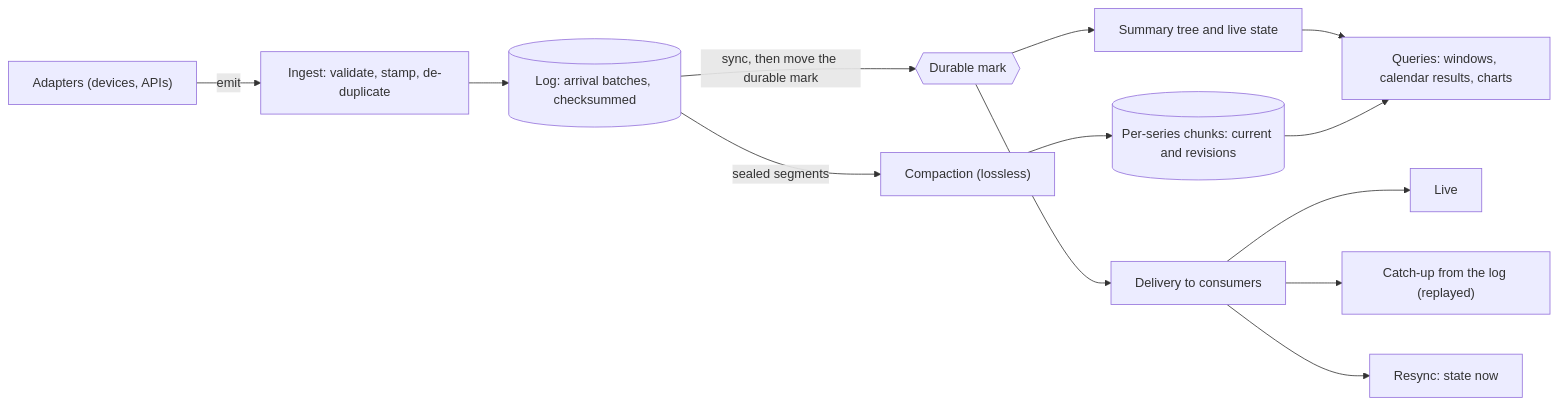
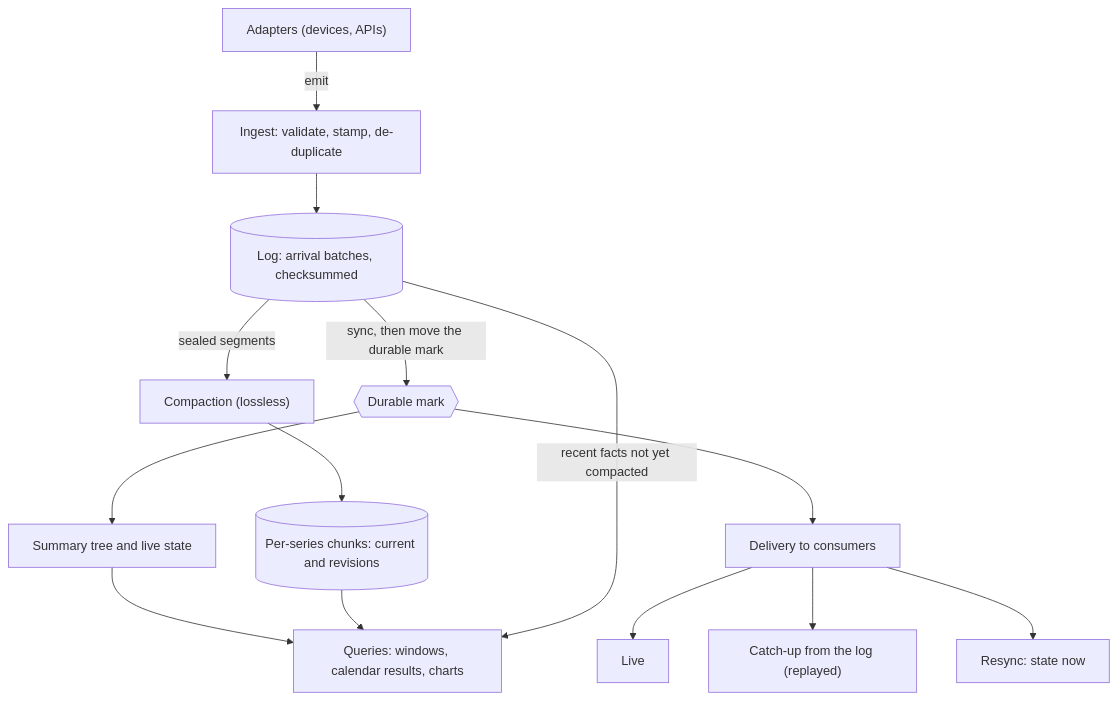
Before and after one commit to hugsmid/kvik: the first of 3 diagrams in README.md, drawn with Mermaid. The commit also changed other lines of this file, not shown here.

````diff
--- a/README.md
+++ b/README.md
@@ -51,15 +56,16 @@
 ```mermaid
-flowchart LR
+flowchart TB
     A["Adapters (devices, APIs)"] -->|emit| I["Ingest: validate, stamp, de-duplicate"]
     I --> L[("Log: arrival batches, checksummed")]
     L -->|"sync, then move the durable mark"| M{{"Durable mark"}}
     M --> T["Summary tree and live state"]
     M --> D["Delivery to consumers"]
     D --> C1["Live"]
     D --> C2["Catch-up from the log (replayed)"]
     D --> C3["Resync: state now"]
     L -->|"sealed segments"| K["Compaction (lossless)"]
     K --> CH[("Per-series chunks: current and revisions")]
     T --> Q["Queries: windows, calendar results, charts"]
     CH --> Q
+    L -->|"recent facts not yet compacted"| Q
 ```
````
